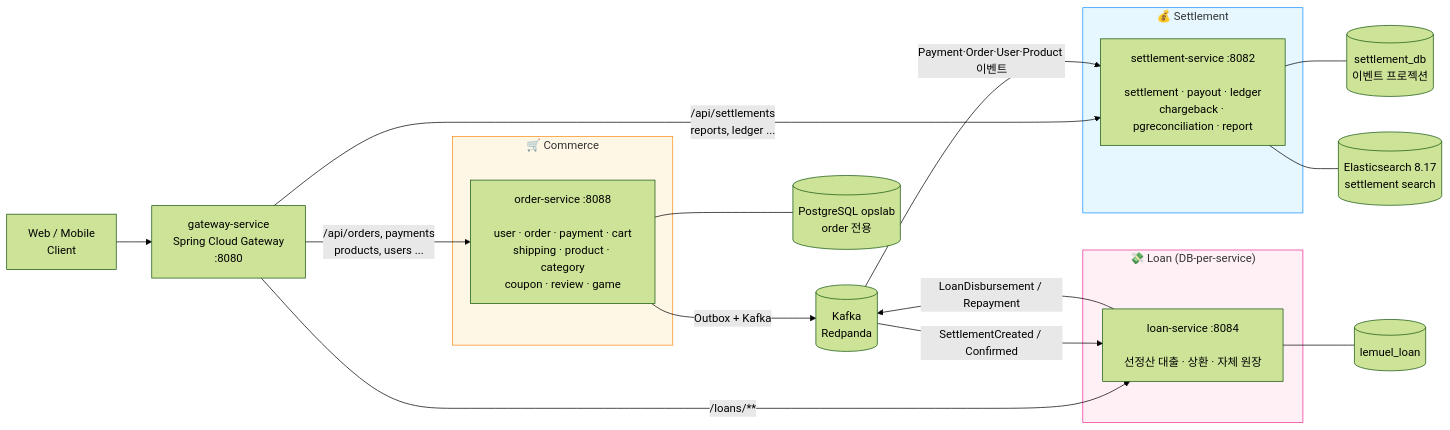
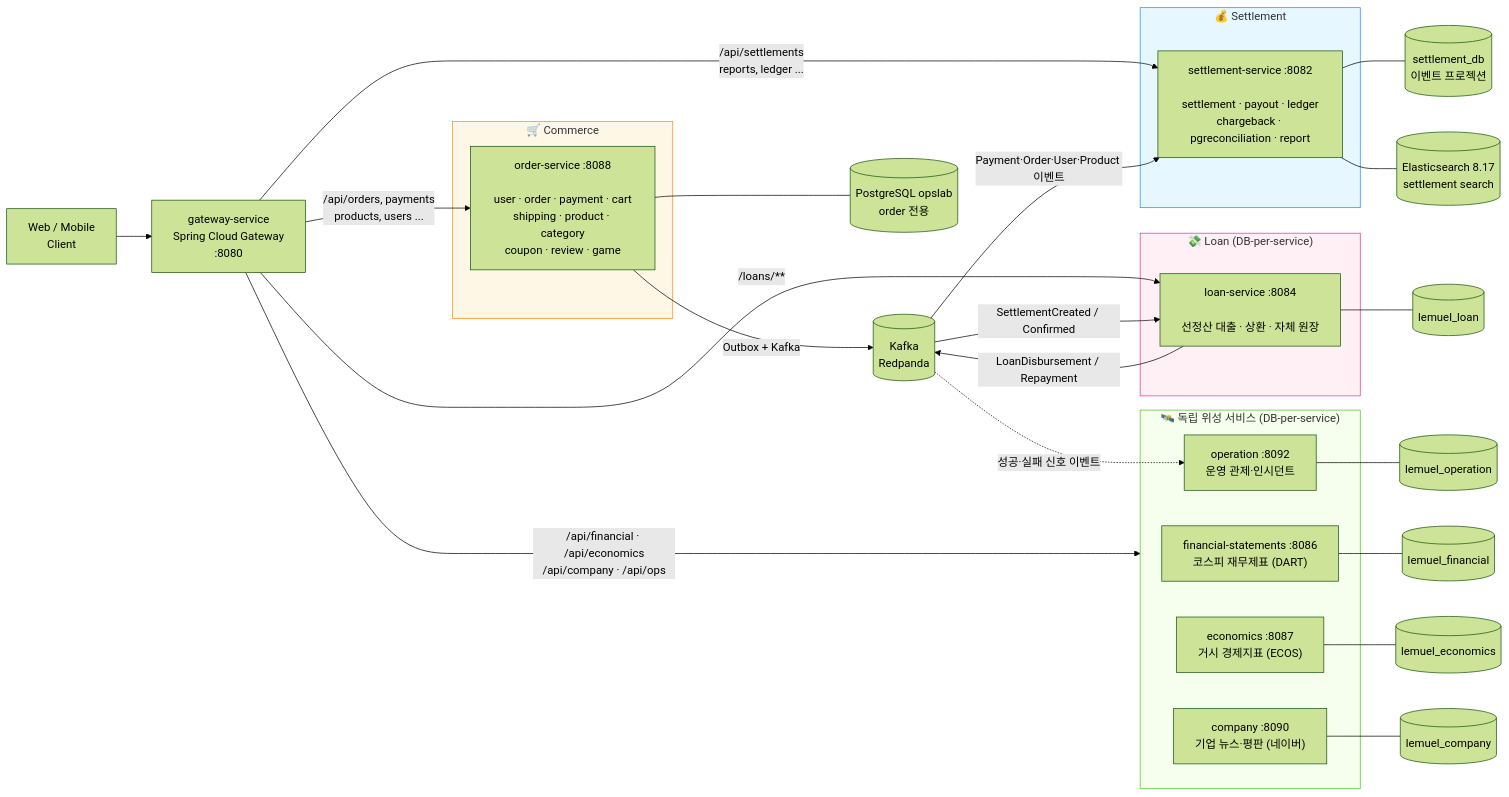
Before and after one commit to MyoungSoo7/settlement: the diagram in README.md, drawn with Mermaid (forest theme). The commit also changed other lines of this file, not shown here.

````diff
--- a/README.md
+++ b/README.md
@@ -28,33 +28,46 @@
 ```mermaid
 flowchart LR
     Client["Web / Mobile<br/>Client"] --> GW
     GW["gateway-service<br/>Spring Cloud Gateway<br/>:8080"]
 
     GW -->|/api/orders, payments<br/>products, users ...| OS
     GW -->|/api/settlements<br/>reports, ledger ...| SS
     GW -->|/loans/**| LS
+    GW -->|/api/financial · /api/economics<br/>/api/company · /api/ops| SAT
 
     subgraph commerce["🛒 Commerce"]
         OS["order-service :8088<br/><br/>user · order · payment · cart<br/>shipping · product · category<br/>coupon · review · game"]
     end
     subgraph settlement["💰 Settlement"]
         SS["settlement-service :8082<br/><br/>settlement · payout · ledger<br/>chargeback · pgreconciliation · report"]
     end
     subgraph loan["💸 Loan (DB-per-service)"]
         LS["loan-service :8084<br/><br/>선정산 대출 · 상환 · 자체 원장"]
     end
+    subgraph SAT["🛰️ 독립 위성 서비스 (DB-per-service)"]
+        FIN["financial-statements :8086<br/>코스피 재무제표 (DART)"]
+        ECO["economics :8087<br/>거시 경제지표 (ECOS)"]
+        COM["company :8090<br/>기업 뉴스·평판 (네이버)"]
+        OPS["operation :8092<br/>운영 관제·인시던트"]
+    end
 
     OS -->|Outbox + Kafka| K[(Kafka<br/>Redpanda)]
     K -->|Payment·Order·User·Product 이벤트| SS
     K -->|SettlementCreated / Confirmed| LS
     LS -->|LoanDisbursement / Repayment| K
+    K -.->|성공·실패 신호 이벤트| OPS
 
     OS --- PG[(PostgreSQL opslab<br/>order 전용)]
     SS --- SDB[(settlement_db<br/>이벤트 프로젝션)]
     LS --- LDB[(lemuel_loan)]
     SS --- ES[(Elasticsearch 8.17<br/>settlement search)]
+    FIN --- FDB[(lemuel_financial)]
+    ECO --- EDB[(lemuel_economics)]
+    COM --- CDB[(lemuel_company)]
+    OPS --- ODB[(lemuel_operation)]
 
     style commerce fill:#fff7e6,stroke:#fa8c16
     style settlement fill:#e6f7ff,stroke:#1890ff
     style loan fill:#fff0f6,stroke:#eb2f96
+    style SAT fill:#f6ffed,stroke:#52c41a
 ```
````
